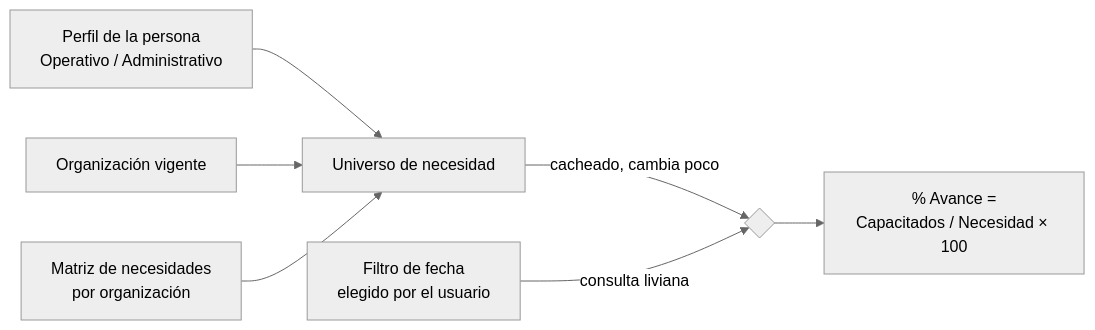
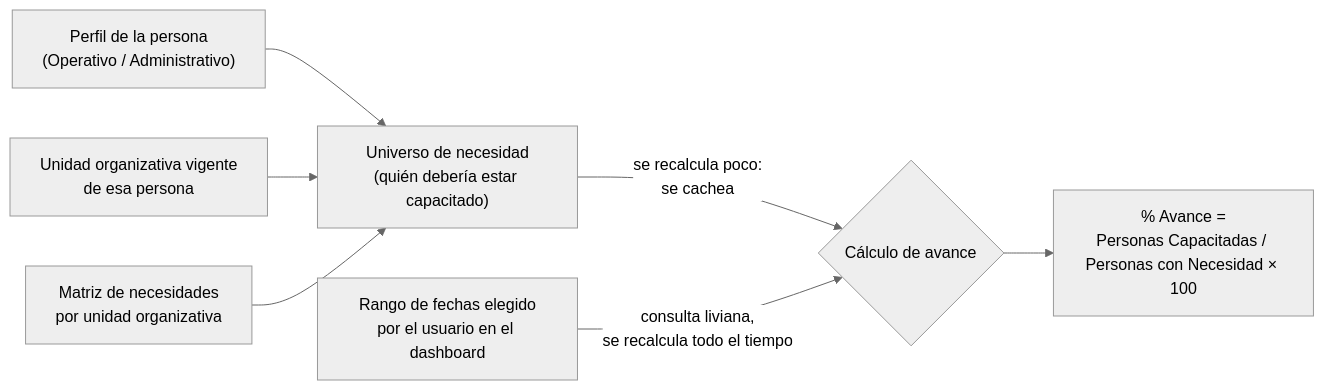
One commit to jminolli-e/case-studies changed the fifth of 5 diagrams in charla-5-min/README.md. Above: the diagram before and after it, drawn with Mermaid (neutral theme). The commit also changed other lines of this file, not shown here.

````diff
--- a/charla-5-min/README.md
+++ b/charla-5-min/README.md
@@ -114,9 +151,9 @@
 ```mermaid
 flowchart LR
-    P["Perfil de la persona<br/>Operativo / Administrativo"] --> U["Universo de necesidad"]
-    O["Organización vigente"] --> U
-    M["Matriz de necesidades<br/>por organización"] --> U
-    U -->|"cacheado, cambia poco"| C{" "}
-    F["Filtro de fecha<br/>elegido por el usuario"] -->|"consulta liviana"| C
-    C --> PCT["% Avance =<br/>Capacitados / Necesidad × 100"]
+    P["Perfil de la persona<br/>(Operativo / Administrativo)"] --> U["Universo de necesidad<br/>(quién debería estar capacitado)"]
+    O["Unidad organizativa vigente<br/>de esa persona"] --> U
+    M["Matriz de necesidades<br/>por unidad organizativa"] --> U
+    U -->|"se recalcula poco:<br/>se cachea"| C{"Cálculo de avance"}
+    F["Rango de fechas elegido<br/>por el usuario en el dashboard"] -->|"consulta liviana,<br/>se recalcula todo el tiempo"| C
+    C --> PCT["% Avance =<br/>Personas Capacitadas / Personas con Necesidad × 100"]
 ```
````
